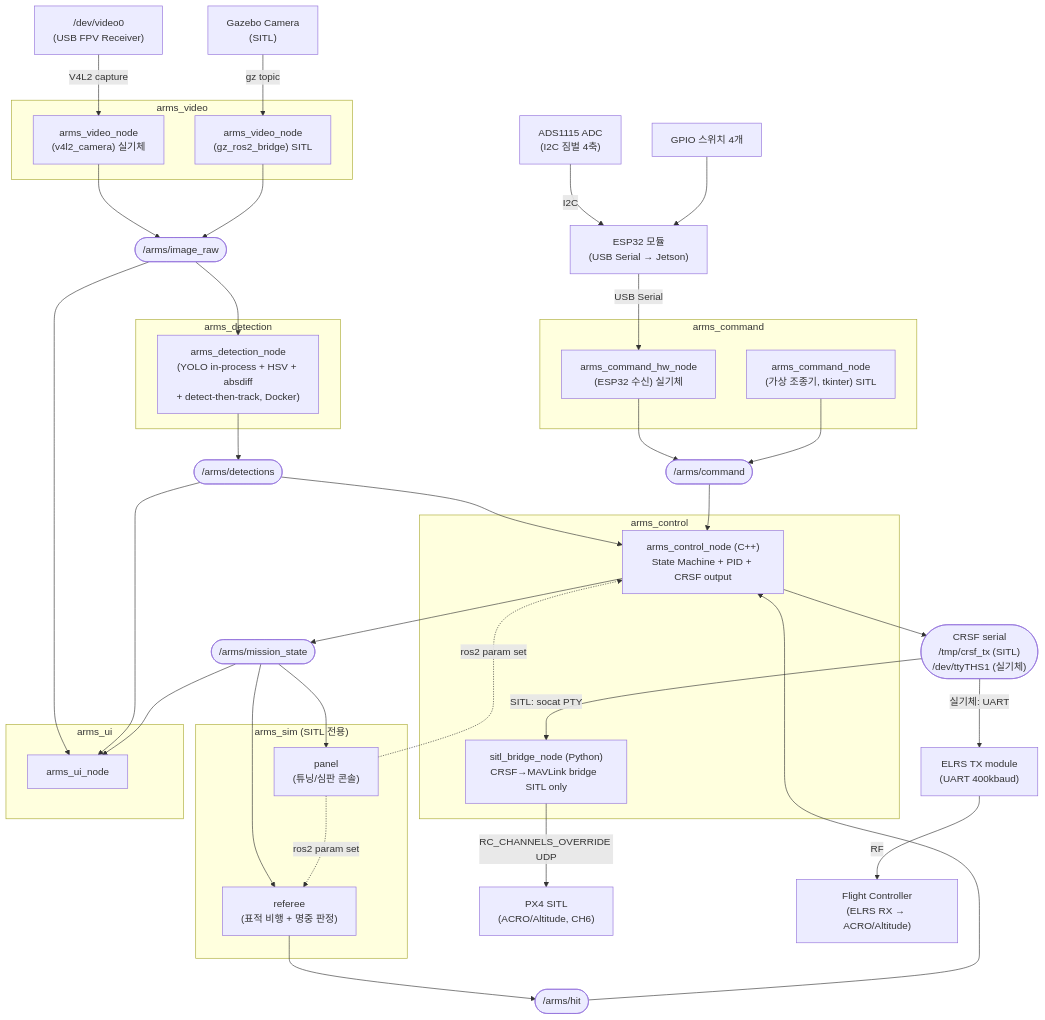
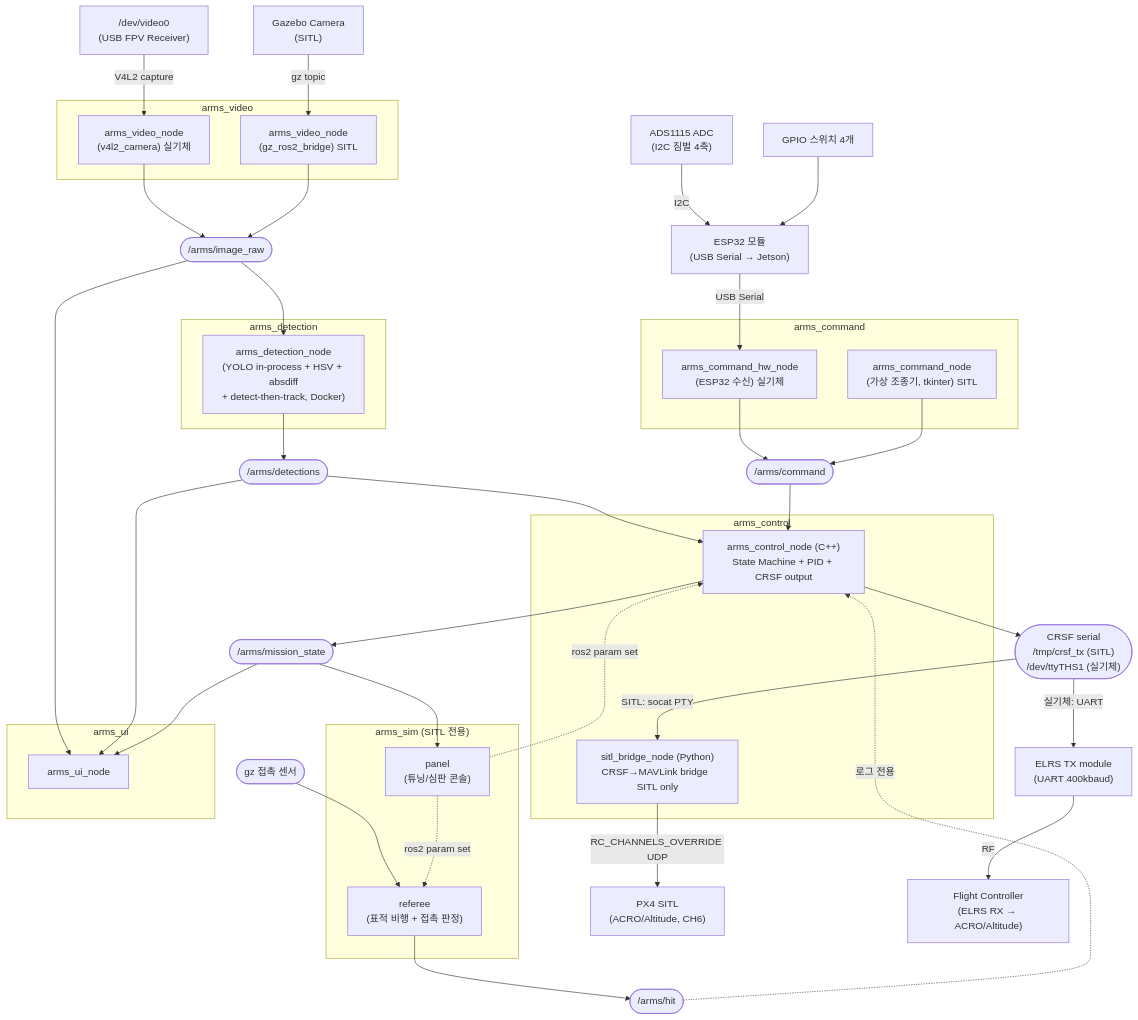
One commit to tokhun2002/A.R.M.S.-Anti-drone-Reusable-Modular-System- changed the first of 3 diagrams in SW/docs/DESIGN.md. Above: the diagram before and after it, drawn with Mermaid. The commit also changed other lines of this file and 8 other files, not shown here.

````diff
--- a/SW/docs/DESIGN.md
+++ b/SW/docs/DESIGN.md
@@ -65,79 +65,79 @@
 ```mermaid
 graph TD
     GAZEBO["Gazebo Camera<br/>(SITL)"]
     V4L2["/dev/video0<br/>(USB FPV Receiver)"]
 
     subgraph arms_video ["arms_video"]
         VN_REAL["arms_video_node<br/>(v4l2_camera) 실기체"]
         VN_SITL["arms_video_node<br/>(gz_ros2_bridge) SITL"]
     end
 
     IMAGE(["/arms/image_raw"])
 
     subgraph arms_detection ["arms_detection"]
         DN_FUSION["arms_detection_node<br/>(YOLO in-process + HSV + absdiff<br/>+ detect-then-track, Docker)"]
     end
 
     subgraph arms_command ["arms_command"]
         CMD_GUI["arms_command_node<br/>(가상 조종기, tkinter) SITL"]
         CMD_JOY["arms_command_hw_node<br/>(ESP32 수신) 실기체"]
     end
 
     subgraph arms_sim ["arms_sim (SITL 전용)"]
         PANEL["panel<br/>(튜닝/심판 콘솔)"]
-        REFEREE["referee<br/>(표적 비행 + 명중 판정)"]
+        REFEREE["referee<br/>(표적 비행 + 접촉 판정)"]
     end
 
     HIT(["/arms/hit"])
 
     ADS1115["ADS1115 ADC<br/>(I2C 짐벌 4축)"]
     SWGPIO["GPIO 스위치 4개"]
     ESP32["ESP32 모듈<br/>(USB Serial → Jetson)"]
     JOY(["/arms/command"])
 
     DETECTIONS(["/arms/detections"])
     MISSION_STATE(["/arms/mission_state"])
     CRSF_SERIAL(["CRSF serial<br/>/tmp/crsf_tx (SITL)<br/>/dev/ttyTHS1 (실기체)"])
 
     subgraph arms_control ["arms_control"]
         CN["arms_control_node (C++)<br/>State Machine + PID + CRSF output"]
         BRIDGE["sitl_bridge_node (Python)<br/>CRSF→MAVLink bridge  SITL only"]
     end
 
     subgraph arms_ui ["arms_ui"]
         UN["arms_ui_node"]
     end
 
     FC_SITL["PX4 SITL<br/>(ACRO/Altitude, CH6)"]
     FC_HW["Flight Controller<br/>(ELRS RX → ACRO/Altitude)"]
     ELRS_TX["ELRS TX module<br/>(UART 400kbaud)"]
 
     V4L2 -->|V4L2 capture| VN_REAL
     GAZEBO -->|gz topic| VN_SITL
     ADS1115 -->|I2C| ESP32
     SWGPIO --> ESP32
     ESP32 -->|USB Serial| CMD_JOY
     CMD_JOY --> JOY
     CMD_GUI --> JOY
     VN_REAL --> IMAGE
     VN_SITL --> IMAGE
     IMAGE --> DN_FUSION
     IMAGE --> UN
     DN_FUSION --> DETECTIONS
     DETECTIONS --> CN
     DETECTIONS --> UN
     JOY --> CN
     CN --> MISSION_STATE
     CN --> CRSF_SERIAL
     MISSION_STATE --> UN
     MISSION_STATE --> PANEL
-    MISSION_STATE --> REFEREE
+    GZ_CONTACT(["gz 접촉 센서"]) --> REFEREE
     REFEREE --> HIT
-    HIT --> CN
+    HIT -.->|로그 전용| CN
     PANEL -.->|ros2 param set| CN
     PANEL -.->|ros2 param set| REFEREE
     CRSF_SERIAL -->|SITL: socat PTY| BRIDGE
     BRIDGE -->|RC_CHANNELS_OVERRIDE UDP| FC_SITL
     CRSF_SERIAL -->|실기체: UART| ELRS_TX
     ELRS_TX -->|RF| FC_HW
 ```
````
